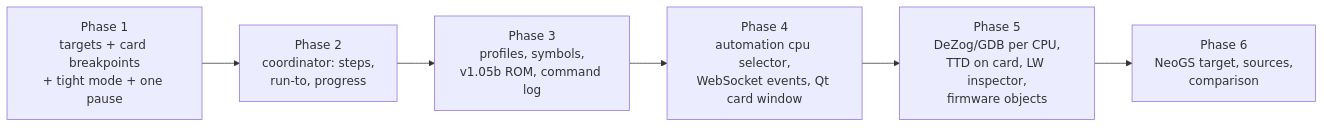
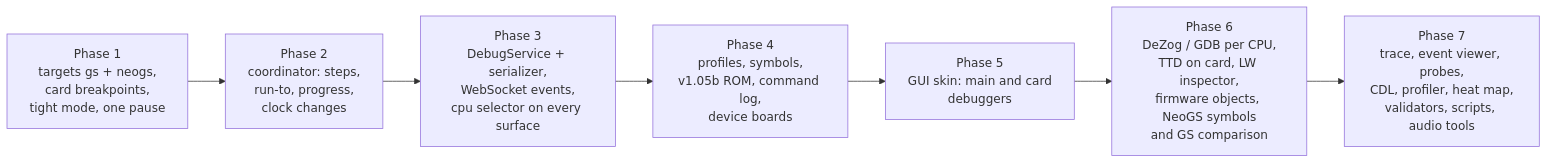
Before and after one commit to alfishe/unreal-ng: the fifth of 5 diagrams in docs/inprogress/2026-09-27-gs-debugger/design.md, drawn with Mermaid. The commit also changed other lines of this file and 3 other files, not shown here.

````diff
--- a/docs/inprogress/2026-09-27-gs-debugger/design.md
+++ b/docs/inprogress/2026-09-27-gs-debugger/design.md
@@ -986,8 +1308,9 @@
 ```mermaid
 flowchart LR
-    P1["Phase 1<br/>targets + card breakpoints<br/>+ tight mode + one pause"] --> P2["Phase 2<br/>coordinator: steps,<br/>run-to, progress"]
-    P2 --> P3["Phase 3<br/>profiles, symbols,<br/>v1.05b ROM, command log"]
-    P3 --> P4["Phase 4<br/>automation cpu selector,<br/>WebSocket events, Qt card window"]
-    P4 --> P5["Phase 5<br/>DeZog/GDB per CPU,<br/>TTD on card, LW inspector,<br/>firmware objects"]
-    P5 --> P6["Phase 6<br/>NeoGS target, sources,<br/>comparison"]
+    P1["Phase 1<br/>targets gs + neogs,<br/>card breakpoints,<br/>tight mode, one pause"] --> P2["Phase 2<br/>coordinator: steps,<br/>run-to, progress,<br/>clock changes"]
+    P2 --> P3["Phase 3<br/>DebugService + serializer,<br/>WebSocket events,<br/>cpu selector on every surface"]
+    P3 --> P4["Phase 4<br/>profiles, symbols,<br/>v1.05b ROM, command log,<br/>device boards"]
+    P4 --> P5["Phase 5<br/>GUI skin: main and card<br/>debuggers"]
+    P5 --> P6["Phase 6<br/>DeZog / GDB per CPU,<br/>TTD on card, LW inspector,<br/>firmware objects, NeoGS symbols<br/>and GS comparison"]
+    P6 --> P7["Phase 7<br/>trace, event viewer, probes,<br/>CDL, profiler, heat map,<br/>validators, scripts, audio tools"]
 ```
````
